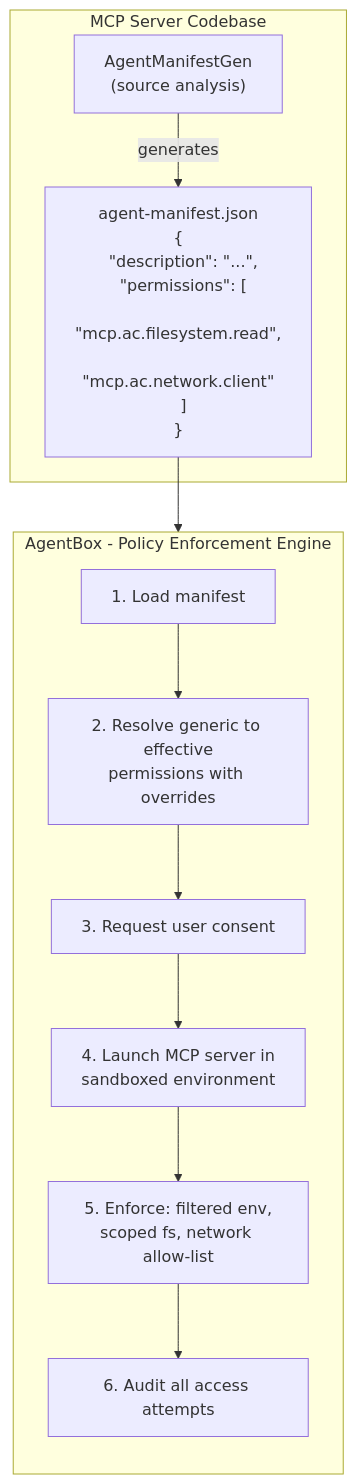
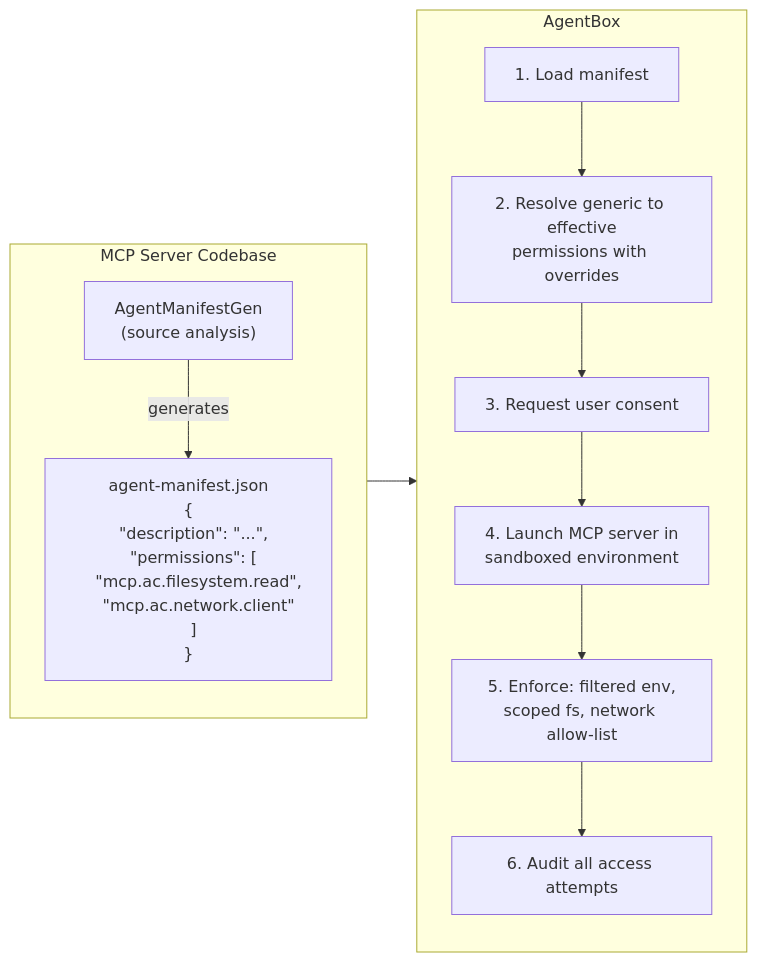
One commit to dortort/agent-bound changed the diagram in README.md. Above: the diagram before and after it, drawn with Mermaid.

Commit message:
Improve Mermaid diagram layout and formatting
- Switch to flowchart LR for side-by-side layout of the two
  subgraphs, making better use of horizontal space
- Shorten AgentBox subgraph title to prevent truncation
- Add #nbsp; indentation to JSON content in manifest node
  for relative indentation within centered text
- Add direction TB to Codebase subgraph for consistent
  internal top-to-bottom flow

https://claude.ai/code/session_01NASCAhzHn3Ax3tVW7HkwaP

````diff
--- a/README.md
+++ b/README.md
@@ -23,21 +23,22 @@
 ```mermaid
-flowchart TD
+flowchart LR
     subgraph Codebase["MCP Server Codebase"]
+        direction TB
         Gen["AgentManifestGen<br/>(source analysis)"]
-        Manifest["agent-manifest.json<br/>#123;<br/>  #quot;description#quot;: #quot;...#quot;,<br/>  #quot;permissions#quot;: #91;<br/>    #quot;mcp.ac.filesystem.read#quot;,<br/>    #quot;mcp.ac.network.client#quot;<br/>  #93;<br/>#125;"]
+        Manifest["agent-manifest.json<br/>#123;<br/>#nbsp;#nbsp;#quot;description#quot;: #quot;...#quot;,<br/>#nbsp;#nbsp;#quot;permissions#quot;: #91;<br/>#nbsp;#nbsp;#nbsp;#nbsp;#quot;mcp.ac.filesystem.read#quot;,<br/>#nbsp;#nbsp;#nbsp;#nbsp;#quot;mcp.ac.network.client#quot;<br/>#nbsp;#nbsp;#93;<br/>#125;"]
         Gen -->|generates| Manifest
     end
 
     Manifest --> S1
 
-    subgraph Box["AgentBox - Policy Enforcement Engine"]
+    subgraph Box["AgentBox"]
         direction TB
         S1["1. Load manifest"]
         S2["2. Resolve generic to effective<br/>permissions with overrides"]
         S3["3. Request user consent"]
         S4["4. Launch MCP server in<br/>sandboxed environment"]
         S5["5. Enforce: filtered env,<br/>scoped fs, network allow-list"]
         S6["6. Audit all access attempts"]
         S1 --> S2 --> S3 --> S4 --> S5 --> S6
     end
 ```
````
